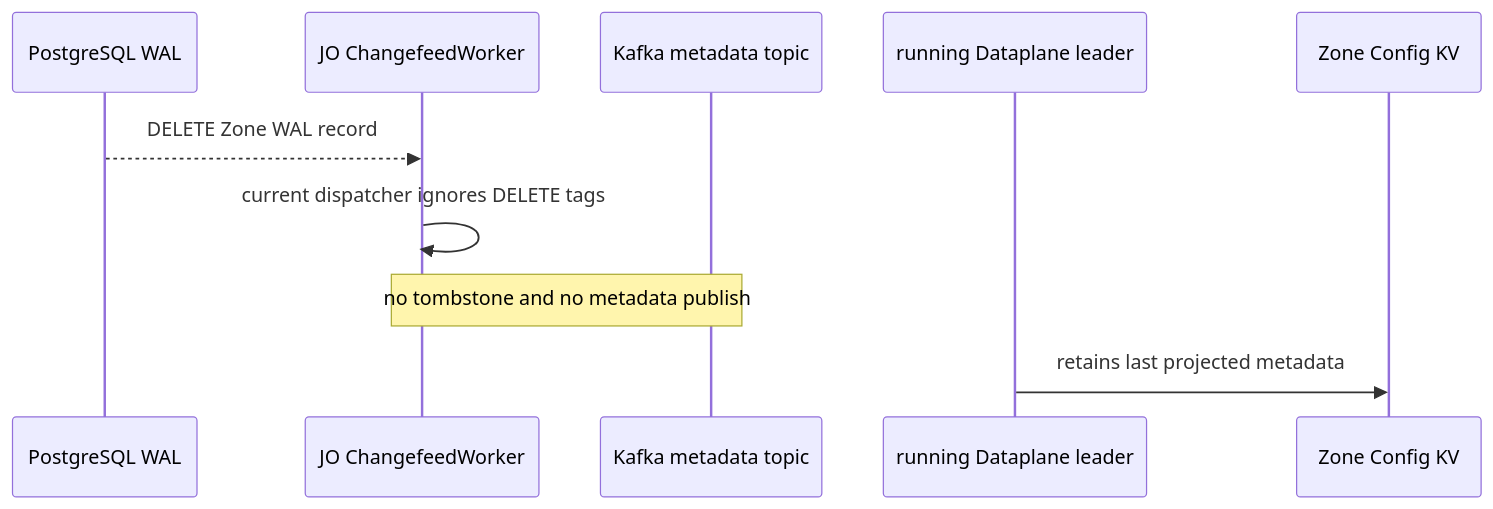
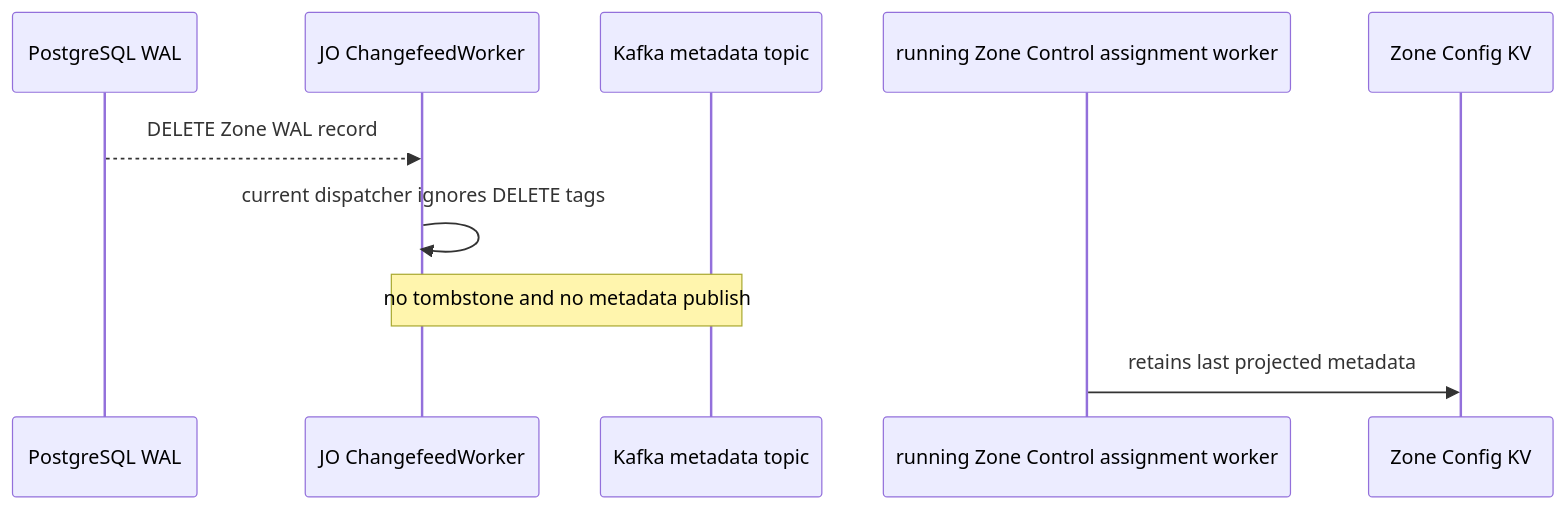
The third of 3 diagrams in god_view/hierarchy/zone_delete_god_view_workflow.md (phucle996/aurora), drawn with Mermaid before and after one commit. The commit also changed 58 other files, not shown here.

Commit message:
refactor(zone): complete distributed control cutover

````diff
--- a/god_view/hierarchy/zone_delete_god_view_workflow.md
+++ b/god_view/hierarchy/zone_delete_god_view_workflow.md
@@ -147,12 +147,12 @@
 ```mermaid
 sequenceDiagram
     participant PG as PostgreSQL WAL
     participant J as JO ChangefeedWorker
     participant K as Kafka metadata topic
-    participant L as running Dataplane leader
+    participant ZC as running Zone Control assignment worker
     participant KV as Zone Config KV
     PG-->>J: DELETE Zone WAL record
     J->>J: current dispatcher ignores DELETE tags
     Note over J,K: no tombstone and no metadata publish
-    L->>KV: retains last projected metadata
+    ZC->>KV: retains last projected metadata
 ```
````
